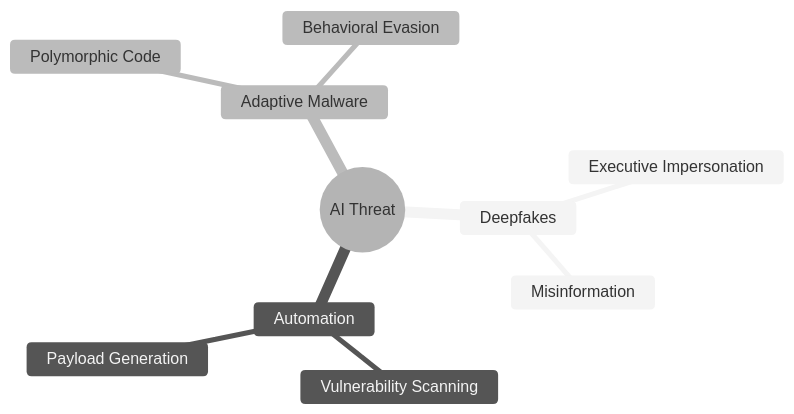
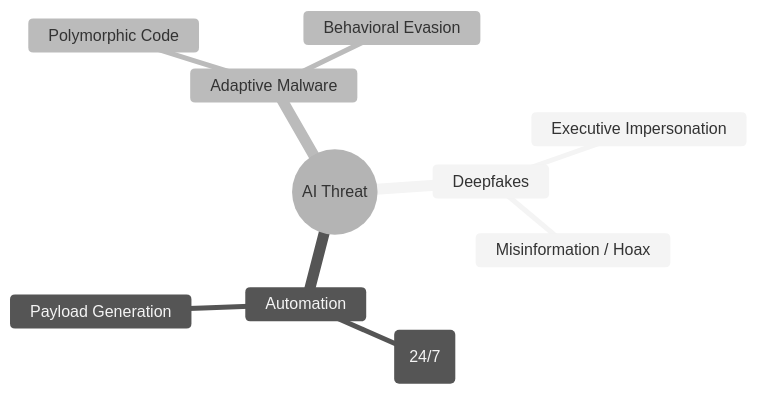
The second of 3 diagrams in _posts/2026-02-12-cyber-2026-indonesia.md (delvin-45/delvin-45.github.io), drawn with Mermaid (neutral theme) before and after one commit. The commit also changed other lines of this file and 3 other files, not shown here.

```diff
--- a/_posts/2026-02-12-cyber-2026-indonesia.md
+++ b/_posts/2026-02-12-cyber-2026-indonesia.md
@@ -36,13 +52,13 @@
 <div class="mermaid">
 mindmap
   root((AI Threat))
     Deepfakes
       Executive Impersonation
-      Misinformation
+      Misinformation / Hoax
     Automation
-      Vulnerability Scanning
+      Vuln Scanning (24/7)
       Payload Generation
     Adaptive Malware
       Polymorphic Code
       Behavioral Evasion
 </div>
```
